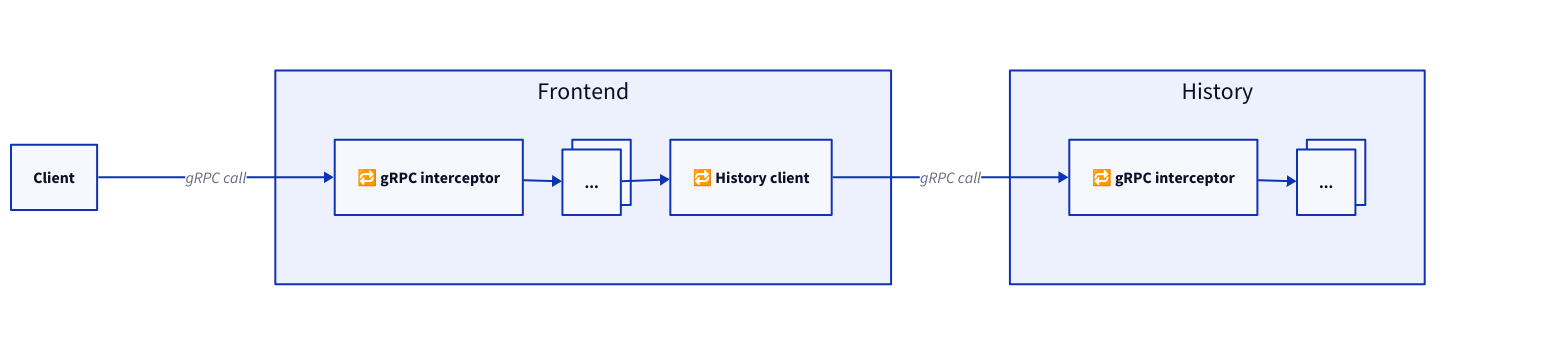
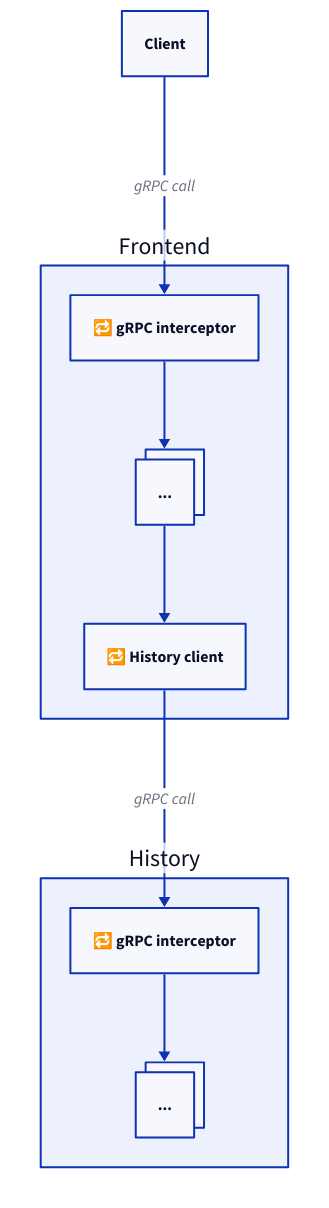
One commit to temporalio/temporal changed the diagram in docs/_assets/retries.d2. Above: the diagram before and after it, drawn with D2. The commit also changed 3 other files, not shown here. The source asks for the TALA layout; these drawings use dagre instead.

```diff
--- a/docs/_assets/retries.d2
+++ b/docs/_assets/retries.d2
@@ -1,57 +1,43 @@
 # https://d2lang.com
 # Generate SVG by running `make` inside of `docs/`.
 
 vars: {
   d2-config: {
     layout-engine: tala
   }
 }
 
-classes: {
-    invisible: {
-        style.opacity: 0
-        label: a
-    }
-    textonly: {
-        label: ""
-        style.stroke: transparent
-        style.fill: transparent
-    }
-}
-
 Client
 
 Server: {
     label: ""
-    grid-columns: 3
-    horizontal-gap: 120
-    class: textonly
+    direction: right
+    style.stroke: transparent
+    style.fill: transparent
 
     Frontend: {
-        grid-columns: 3
-        vertical-gap: 70
+        direction: right
 
         Interceptor: { label: "🔁 gRPC interceptor" }
         Handlers: {
             label: "..."
             style.multiple: true
         }
         Client: { label: "🔁 History client" }
     }
     History: {
-        grid-columns: 2
-        vertical-gap: 70
+        direction: right
 
         Interceptor: { label: "🔁 gRPC interceptor" }
         Handlers: {
             label: "..."
             style.multiple: true
         }
     }
 }
 
 Client -> Server.Frontend.Interceptor: gRPC call
 Server.Frontend.Interceptor -> Server.Frontend.Handlers
 Server.Frontend.Handlers -> Server.Frontend.Client
 Server.Frontend.Client -> Server.History.Interceptor: gRPC call
 Server.History.Interceptor -> Server.History.Handlers
```
